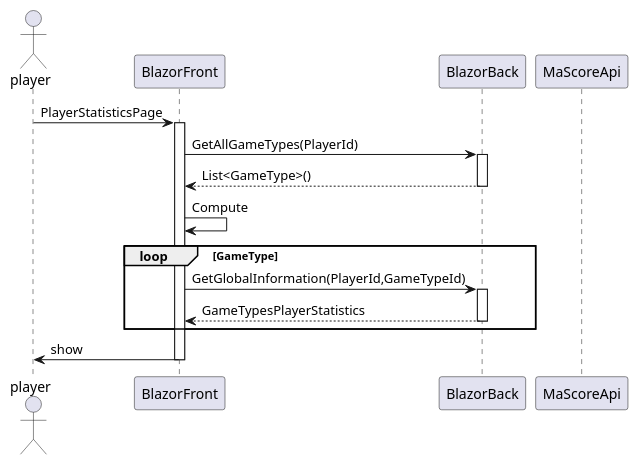
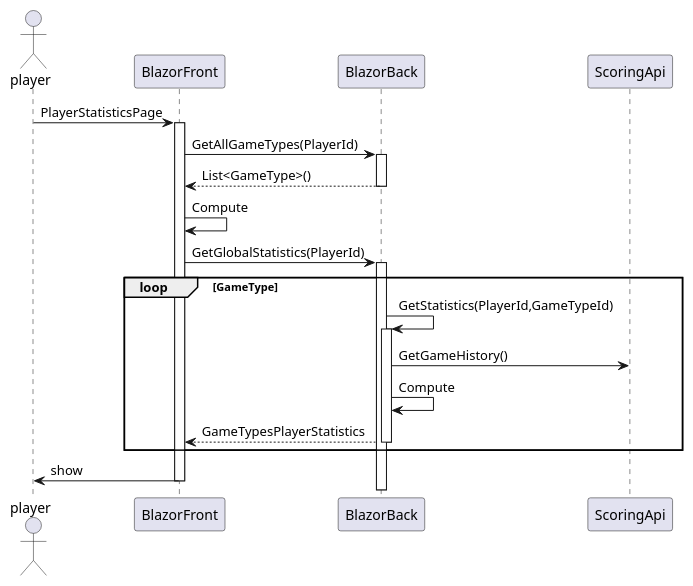
One commit to Ylliahc/MaScore.EloThereUI-Documentation changed the diagram in src/Diagrams/sd_getGlobalPlayerStatistics.puml. Above: the diagram before and after it, drawn with PlantUML. The commit also changed 1 other file, not shown here.

```diff
--- a/src/Diagrams/sd_getGlobalPlayerStatistics.puml
+++ b/src/Diagrams/sd_getGlobalPlayerStatistics.puml
@@ -1,27 +1,30 @@
 @startuml sd_getGlobalPlayerStatistics
 
 actor player
 participant BlazorFront
 participant BlazorBack
-participant MaScoreApi
+participant ScoringApi
 
 player -> BlazorFront : PlayerStatisticsPage
 activate BlazorFront
     BlazorFront -> BlazorBack : GetAllGameTypes(PlayerId)
     activate BlazorBack
         BlazorBack --> BlazorFront : List<GameType>()
     deactivate BlazorBack
     BlazorFront -> BlazorFront : Compute
 
-    loop GameType
-        BlazorFront -> BlazorBack : GetGlobalInformation(PlayerId,GameTypeId)
-        activate BlazorBack
-            BlazorBack --> BlazorFront : GameTypesPlayerStatistics
-        deactivate BlazorBack
-    end
-
+    BlazorFront -> BlazorBack : GetGlobalStatistics(PlayerId)
+    activate BlazorBack
+        loop GameType
+            BlazorBack -> BlazorBack : GetStatistics(PlayerId,GameTypeId)
+            activate BlazorBack
+                BlazorBack -> ScoringApi : GetGameHistory()
+                BlazorBack -> BlazorBack : Compute 
+                BlazorBack --> BlazorFront : GameTypesPlayerStatistics
+            deactivate BlazorBack
+        end
     BlazorFront -> player : show
 deactivate BlazorFront
 
 
 @enduml
```
